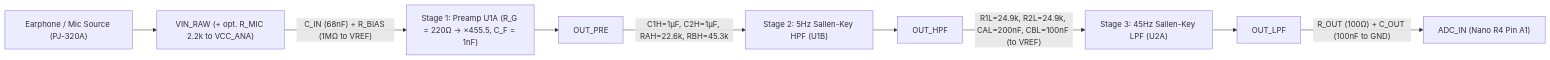
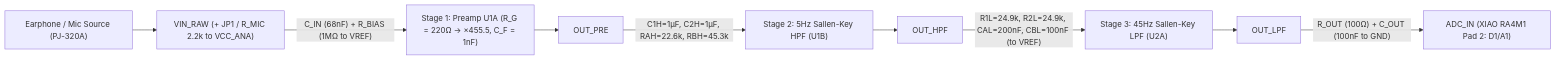
Before and after one commit to imryav/EarScope: the diagram in docs/ltspice_simulation_guide.md, drawn with Mermaid. The commit also changed other lines of this file and 60 other files, not shown here.

Commit message:
feat(hw): migrate to Seeed XIAO RA4M1, add 1.58kHz USB LPF, replace SW1 with JP1 jumper (Rev 2.0)

````diff
--- a/docs/ltspice_simulation_guide.md
+++ b/docs/ltspice_simulation_guide.md
@@ -36,11 +36,11 @@
 ```mermaid
 flowchart LR
-    EAR["Earphone / Mic Source (PJ-320A)"] --> VIN_RAW["VIN_RAW (+ opt. R_MIC 2.2k to VCC_ANA)"]
+    EAR["Earphone / Mic Source (PJ-320A)"] --> VIN_RAW["VIN_RAW (+ JP1 / R_MIC 2.2k to VCC_ANA)"]
     VIN_RAW -->|"C_IN (68nF) + R_BIAS (1MΩ to VREF)"| U1A["Stage 1: Preamp U1A (R_G = 220Ω → ×455.5, C_F = 1nF)"]
     U1A --> OUT_PRE["OUT_PRE"]
     OUT_PRE -->|"C1H=1µF, C2H=1µF, RAH=22.6k, RBH=45.3k"| U1B["Stage 2: 5Hz Sallen-Key HPF (U1B)"]
     U1B --> OUT_HPF["OUT_HPF"]
     OUT_HPF -->|"R1L=24.9k, R2L=24.9k, CAL=200nF, CBL=100nF (to VREF)"| U2A["Stage 3: 45Hz Sallen-Key LPF (U2A)"]
     U2A --> OUT_LPF["OUT_LPF"]
-    OUT_LPF -->|"R_OUT (100Ω) + C_OUT (100nF to GND)"| ADC_IN["ADC_IN (Nano R4 Pin A1)"]
+    OUT_LPF -->|"R_OUT (100Ω) + C_OUT (100nF to GND)"| ADC_IN["ADC_IN (XIAO RA4M1 Pad 2: D1/A1)"]
 ```
````
